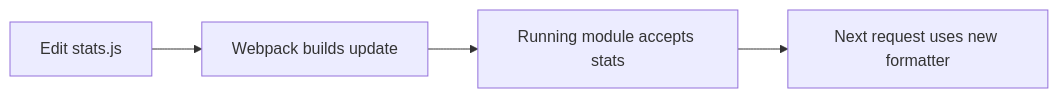
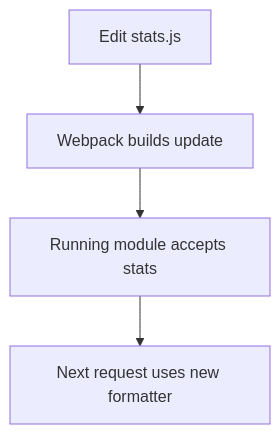
One commit to f0rr0/f0rr0.github.io changed the diagram in src/content/blog/kickback-with-koa-webpack/page.mdx. Above: the diagram before and after it, drawn with Mermaid.

Commit message:
docs(blog): fit the Koa update diagram to the article

````diff
--- a/src/content/blog/kickback-with-koa-webpack/page.mdx
+++ b/src/content/blog/kickback-with-koa-webpack/page.mdx
@@ -95,8 +95,8 @@
 ```mermaid
-flowchart LR
+flowchart TD
   accTitle: Updating a running server
   accDescr: Editing the stats module makes Webpack build an update. The running server's hot module runtime accepts that dependency, so the next request uses the new formatter while the server keeps listening.
   Edit["Edit stats.js"] --> Build["Webpack builds update"]
   Build --> Accept["Running module accepts stats"]
   Accept --> Response["Next request uses new formatter"]
 ```
````
